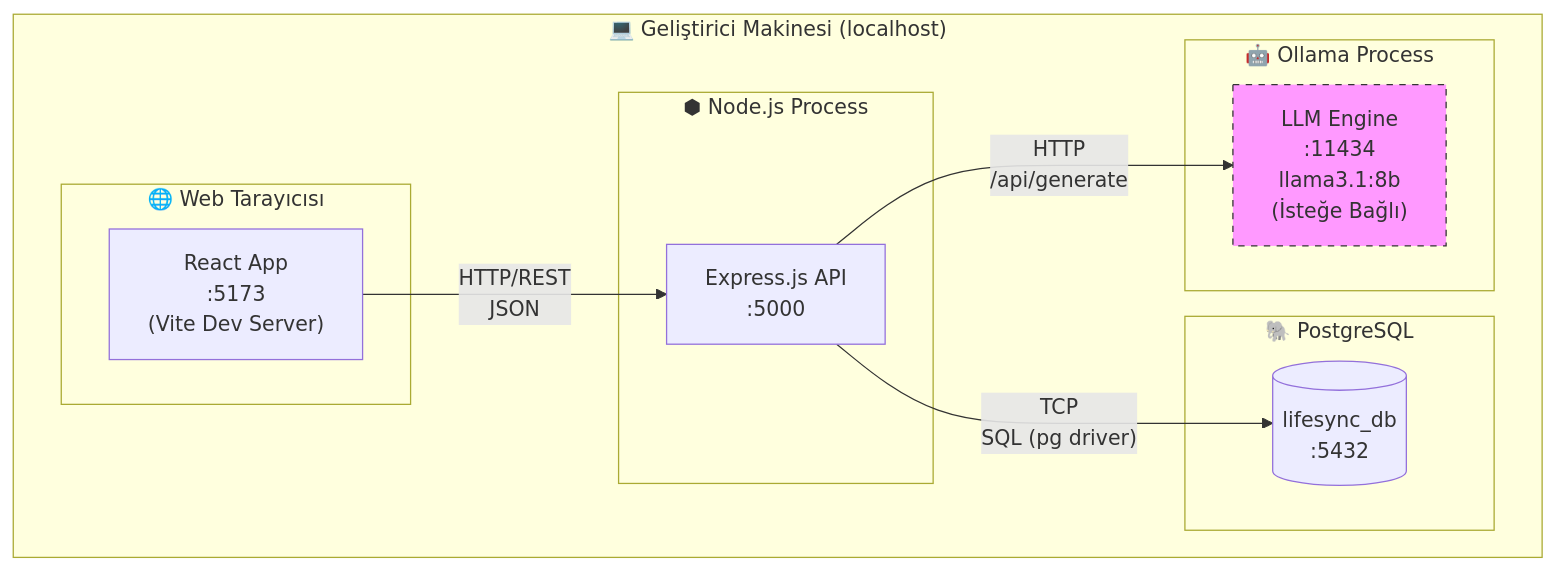
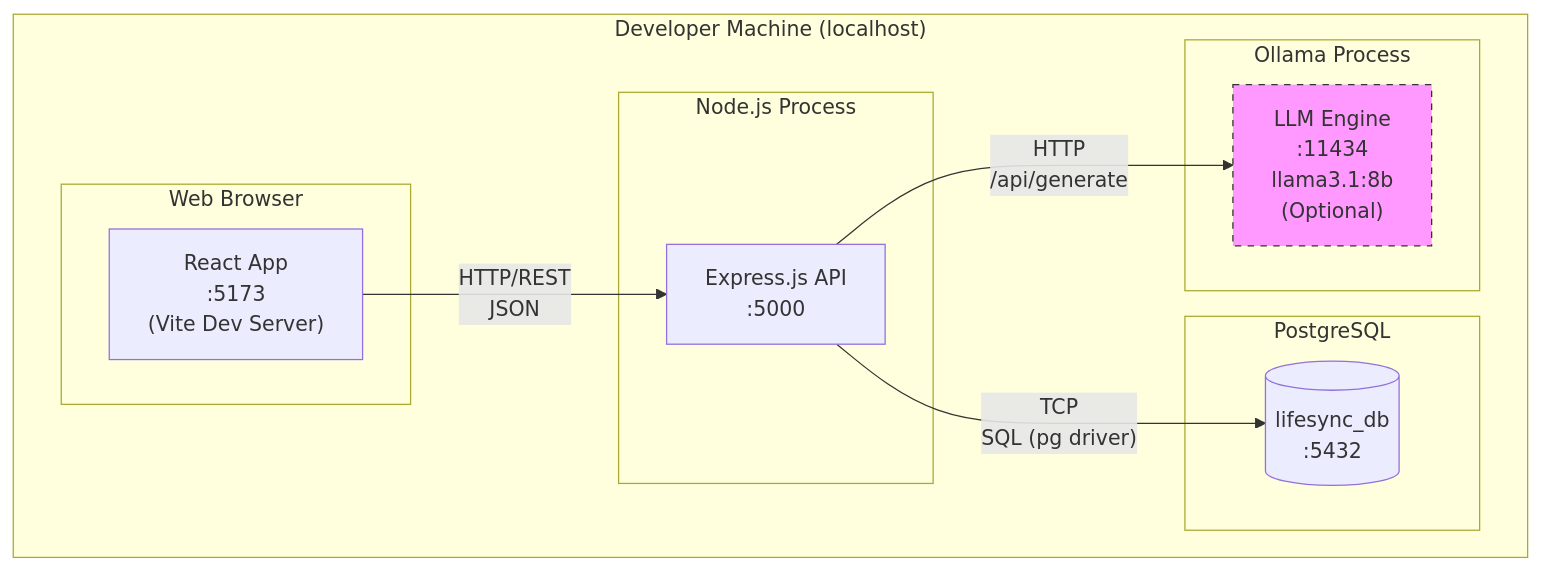
Before and after one commit to beyzadegirmenci/LifeSync: the sixth of 6 diagrams in docs/architecture/SDD_v3.md, drawn with Mermaid. The commit also changed other lines of this file, not shown here.

````diff
--- a/docs/architecture/SDD_v3.md
+++ b/docs/architecture/SDD_v3.md
@@ -267,26 +261,26 @@
 ```mermaid
 graph TB
-    subgraph DEV["💻 Geliştirici Makinesi (localhost)"]
-        subgraph BROWSER["🌐 Web Tarayıcısı"]
+    subgraph DEV["Developer Machine (localhost)"]
+        subgraph BROWSER["Web Browser"]
             RC["React App\n:5173\n(Vite Dev Server)"]
         end
 
-        subgraph NODE["⬢ Node.js Process"]
+        subgraph NODE["Node.js Process"]
             API["Express.js API\n:5000"]
         end
 
-        subgraph PG["🐘 PostgreSQL"]
+        subgraph PG["PostgreSQL"]
             DB[("lifesync_db\n:5432")]
         end
 
-        subgraph OLLAMA["🤖 Ollama Process"]
-            LLM["LLM Engine\n:11434\nllama3.1:8b\n(İsteğe Bağlı)"]
+        subgraph OLLAMA["Ollama Process"]
+            LLM["LLM Engine\n:11434\nllama3.1:8b\n(Optional)"]
         end
     end
 
     RC -->|"HTTP/REST\nJSON"| API
     API -->|"TCP\nSQL (pg driver)"| DB
     API -->|"HTTP\n/api/generate"| LLM
 
     style LLM fill:#f9f,stroke:#333,stroke-dasharray: 5 5
 ```
````
